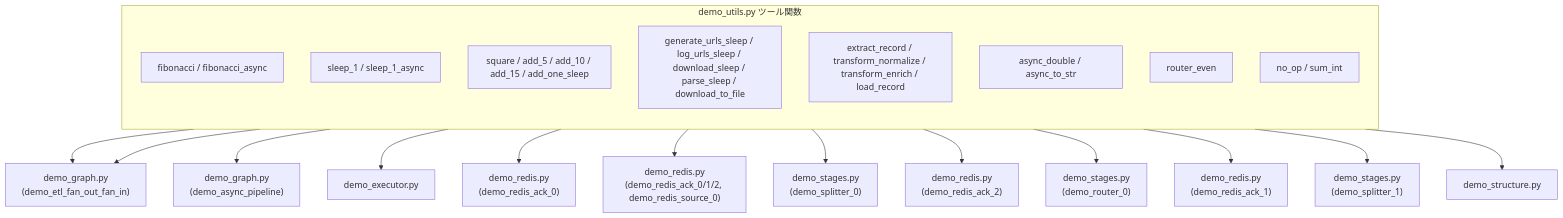
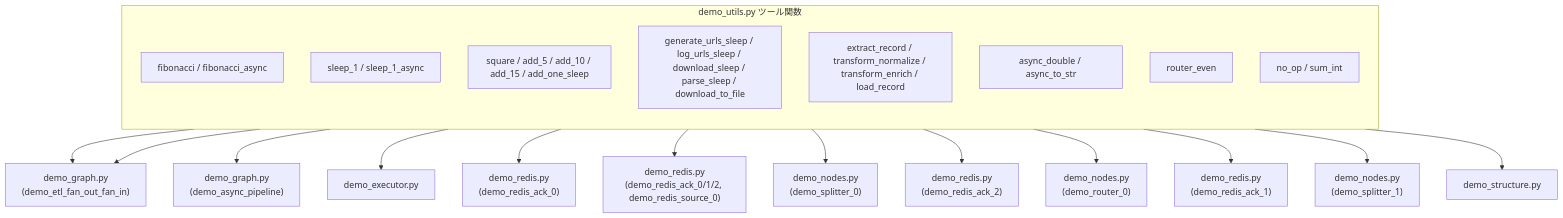
One commit to Mr-xiaotian/CelestialFlow changed the diagram in docs/ja/demo/demo_utils.md. Above: the diagram before and after it, drawn with Mermaid. The commit also changed other lines of this file and 181 other files, not shown here.

````diff
--- a/docs/ja/demo/demo_utils.md
+++ b/docs/ja/demo/demo_utils.md
@@ -13,27 +13,27 @@
 ```mermaid
 flowchart TD
     subgraph Utils["demo_utils.py ツール関数"]
         direction TB
         Fib["fibonacci / fibonacci_async"]
         Sleep1["sleep_1 / sleep_1_async"]
         Compute["square / add_5 / add_10 / add_15 / add_one_sleep"]
         Url["generate_urls_sleep / log_urls_sleep / download_sleep / parse_sleep / download_to_file"]
         ETL["extract_record / transform_normalize / transform_enrich / load_record"]
         Async["async_double / async_to_str"]
         Router["router_even"]
         Misc["no_op / sum_int"]
     end
 
     ETL --> Graph["demo_graph.py<br/>(demo_etl_fan_out_fan_in)"]
     Async --> Graph
     Async --> GraphAsync["demo_graph.py<br/>(demo_async_pipeline)"]
     Fib --> Executor["demo_executor.py"]
     Fib --> Redis0["demo_redis.py<br/>(demo_redis_ack_0)"]
     Sleep1 --> RedisDemo["demo_redis.py<br/>(demo_redis_ack_0/1/2, demo_redis_source_0)"]
-    Url --> StagesSplitter0["demo_stages.py<br/>(demo_splitter_0)"]
+    Url --> NodesSplitter0["demo_nodes.py<br/>(demo_splitter_0)"]
     Url --> Redis2["demo_redis.py<br/>(demo_redis_ack_2)"]
-    Router --> StagesRouter0["demo_stages.py<br/>(demo_router_0)"]
+    Router --> NodesRouter0["demo_nodes.py<br/>(demo_router_0)"]
     Misc --> Redis1["demo_redis.py<br/>(demo_redis_ack_1)"]
-    Misc --> StagesSplitter1["demo_stages.py<br/>(demo_splitter_1)"]
+    Misc --> NodesSplitter1["demo_nodes.py<br/>(demo_splitter_1)"]
     Compute --> Structure["demo_structure.py"]
 ```
````
